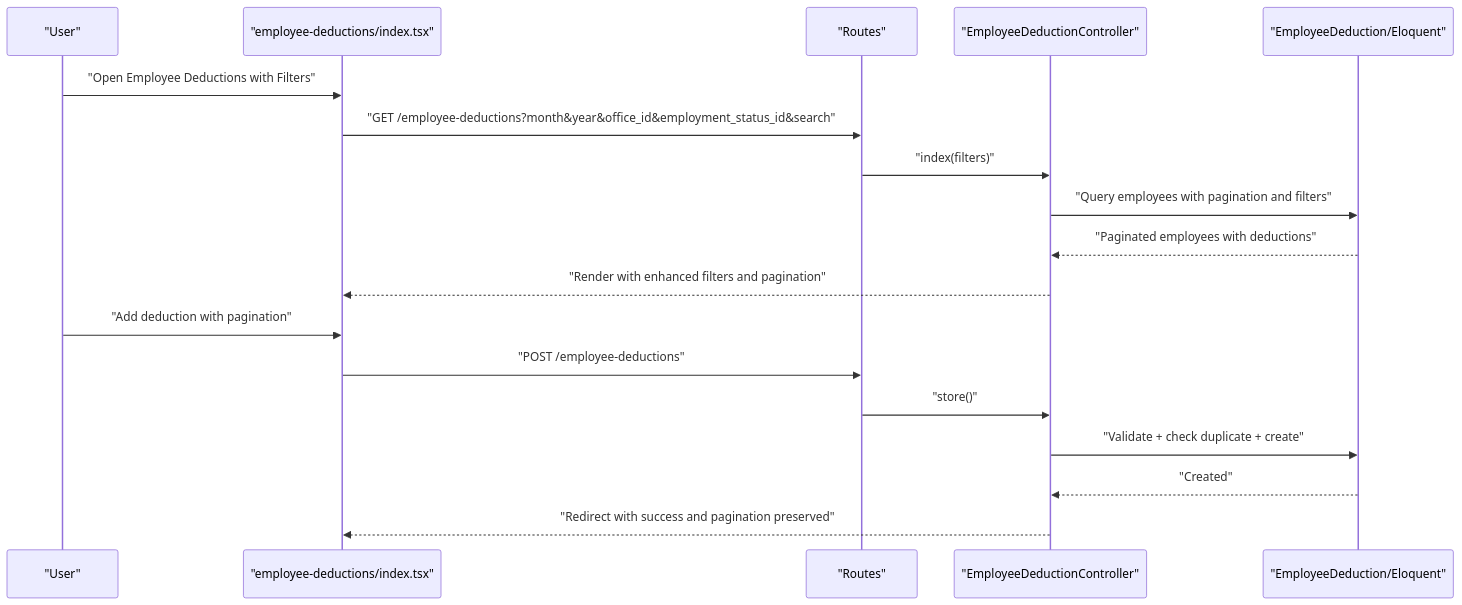
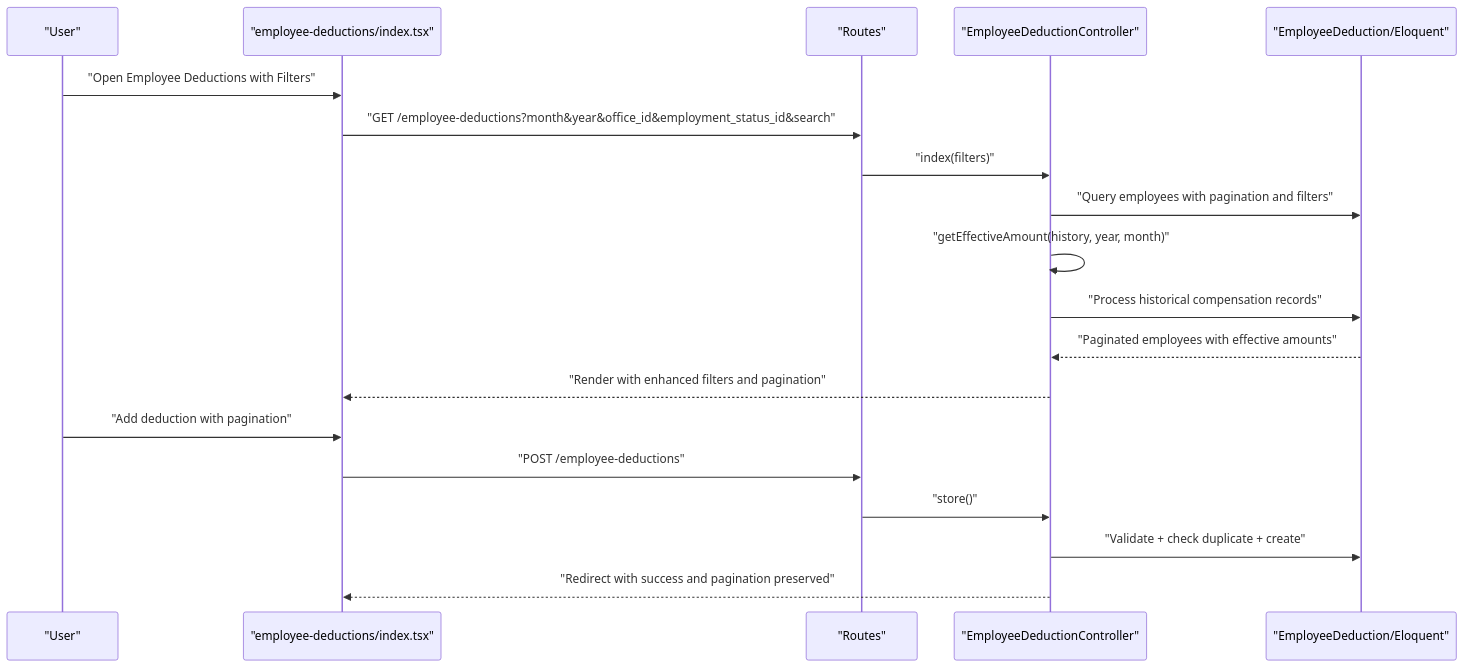
The second of 8 diagrams in .qoder/repowiki/en/content/Deduction Management/Employee Deduction Tracking.md (vincet0t15/template), drawn with Mermaid before and after one commit. The commit also changed other lines of this file and 11 other files, not shown here.

````diff
--- a/.qoder/repowiki/en/content/Deduction Management/Employee Deduction Tracking.md
+++ b/.qoder/repowiki/en/content/Deduction Management/Employee Deduction Tracking.md
@@ -134,20 +142,21 @@
 ```mermaid
 sequenceDiagram
 participant U as "User"
 participant FE as "employee-deductions/index.tsx"
 participant RT as "Routes"
 participant C as "EmployeeDeductionController"
 participant M as "EmployeeDeduction/Eloquent"
 U->>FE : "Open Employee Deductions with Filters"
 FE->>RT : "GET /employee-deductions?month&year&office_id&employment_status_id&search"
 RT->>C : "index(filters)"
 C->>M : "Query employees with pagination and filters"
-M-->>C : "Paginated employees with deductions"
+C->>C : "getEffectiveAmount(history, year, month)"
+C->>M : "Process historical compensation records"
+M-->>C : "Paginated employees with effective amounts"
 C-->>FE : "Render with enhanced filters and pagination"
 U->>FE : "Add deduction with pagination"
 FE->>RT : "POST /employee-deductions"
 RT->>C : "store()"
 C->>M : "Validate + check duplicate + create"
-M-->>C : "Created"
 C-->>FE : "Redirect with success and pagination preserved"
 ```
````
